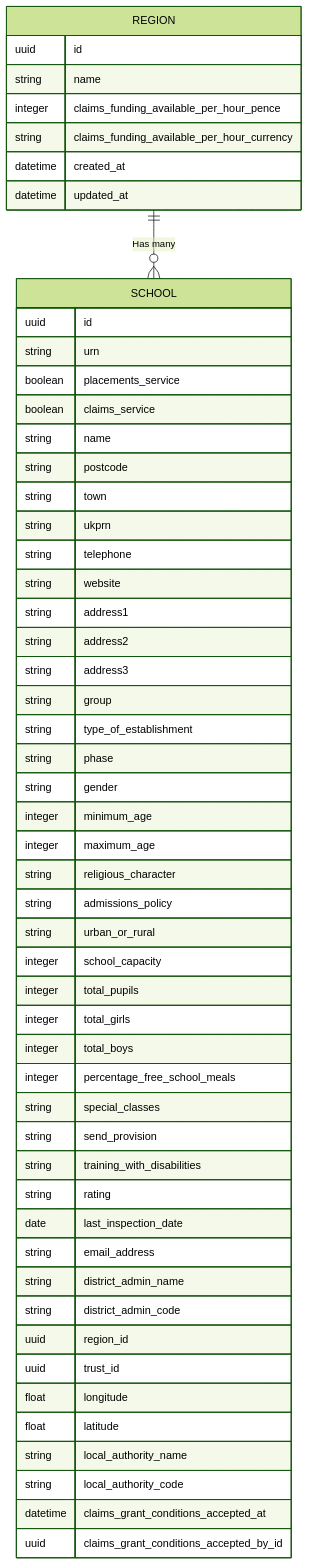
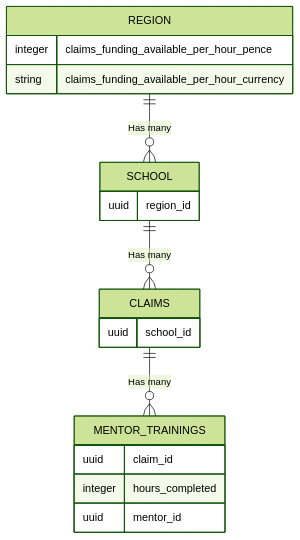
Before and after one commit to DFE-Digital/itt-mentor-services: the diagram in docs/claims/school_region_calulations.md, drawn with Mermaid (forest theme). The commit also changed other lines of this file, not shown here.

Commit message:
Add updated diagram and table

````diff
--- a/docs/claims/school_region_calulations.md
+++ b/docs/claims/school_region_calulations.md
@@ -17,57 +17,21 @@
 ```mermaid
 erDiagram
     REGION ||--o{ SCHOOL : "Has many"
     REGION {
-        uuid id
-        string name
         integer claims_funding_available_per_hour_pence
         string claims_funding_available_per_hour_currency
-        datetime created_at
-        datetime updated_at
     }
     SCHOOL {
-        uuid id
-        string urn
-        boolean placements_service
-        boolean claims_service
-        string name
-        string postcode
-        string town
-        string ukprn
-        string telephone
-        string website
-        string address1
-        string address2
-        string address3
-        string group
-        string type_of_establishment
-        string phase
-        string gender
-        integer minimum_age
-        integer maximum_age
-        string religious_character
-        string admissions_policy
-        string urban_or_rural
-        integer school_capacity
-        integer total_pupils
-        integer total_girls
-        integer total_boys
-        integer percentage_free_school_meals
-        string special_classes
-        string send_provision
-        string training_with_disabilities
-        string rating
-        date last_inspection_date
-        string email_address
-        string district_admin_name
-        string district_admin_code
         uuid region_id
-        uuid trust_id
-        float longitude
-        float latitude
-        string local_authority_name
-        string local_authority_code
-        datetime claims_grant_conditions_accepted_at
-        uuid claims_grant_conditions_accepted_by_id
+    }
+    SCHOOL ||--o{ CLAIMS : "Has many"
+    CLAIMS {
+        uuid school_id
+    }
+    CLAIMS ||--o{ MENTOR_TRAININGS : "Has many"
+    MENTOR_TRAININGS {
+        uuid claim_id
+        integer hours_completed
+        uuid mentor_id
     }
 ```
````
